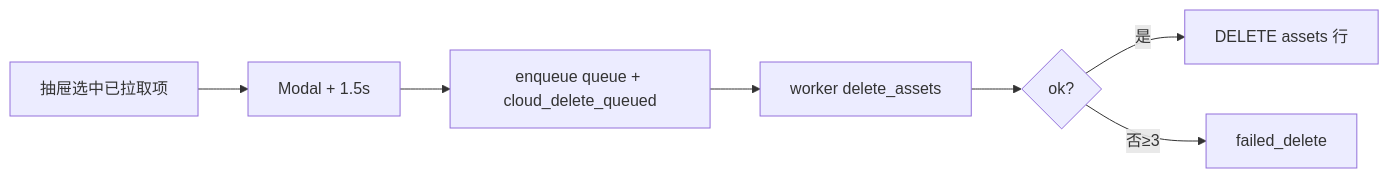
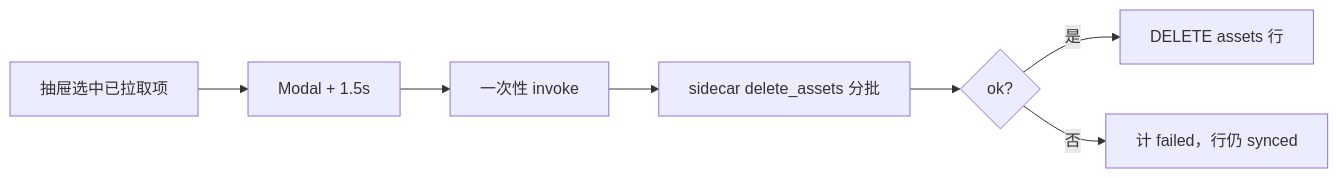
The third of 3 diagrams in apps/admin/src/views/album/cloudSyncFlow.md (cz6c/ll-admin), drawn with Mermaid before and after one commit. The commit also changed other lines of this file and 28 other files, not shown here.

````diff
--- a/apps/admin/src/views/album/cloudSyncFlow.md
+++ b/apps/admin/src/views/album/cloudSyncFlow.md
@@ -98,9 +97,9 @@
 ```mermaid
 flowchart LR
   A[抽屉选中已拉取项] --> B[Modal + 1.5s]
-  B --> C[enqueue queue + cloud_delete_queued]
-  C --> D[worker delete_assets]
+  B --> C[一次性 invoke]
+  C --> D[sidecar delete_assets 分批]
   D --> E{ok?}
   E -->|是| F[DELETE assets 行]
-  E -->|否≥3| G[failed_delete]
+  E -->|否| G[计 failed，行仍 synced]
 ```
````
